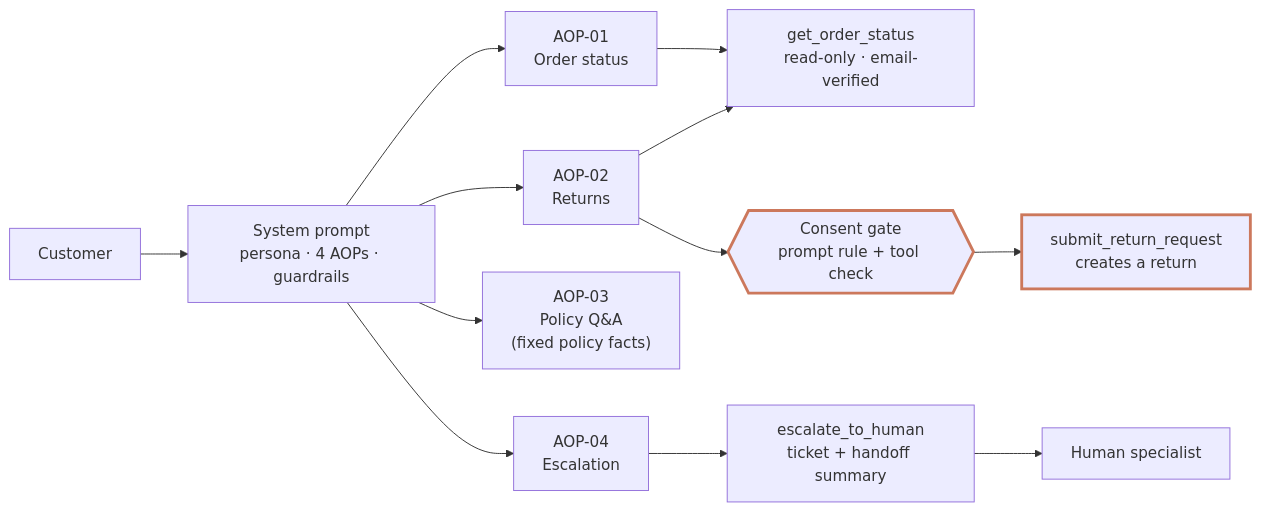
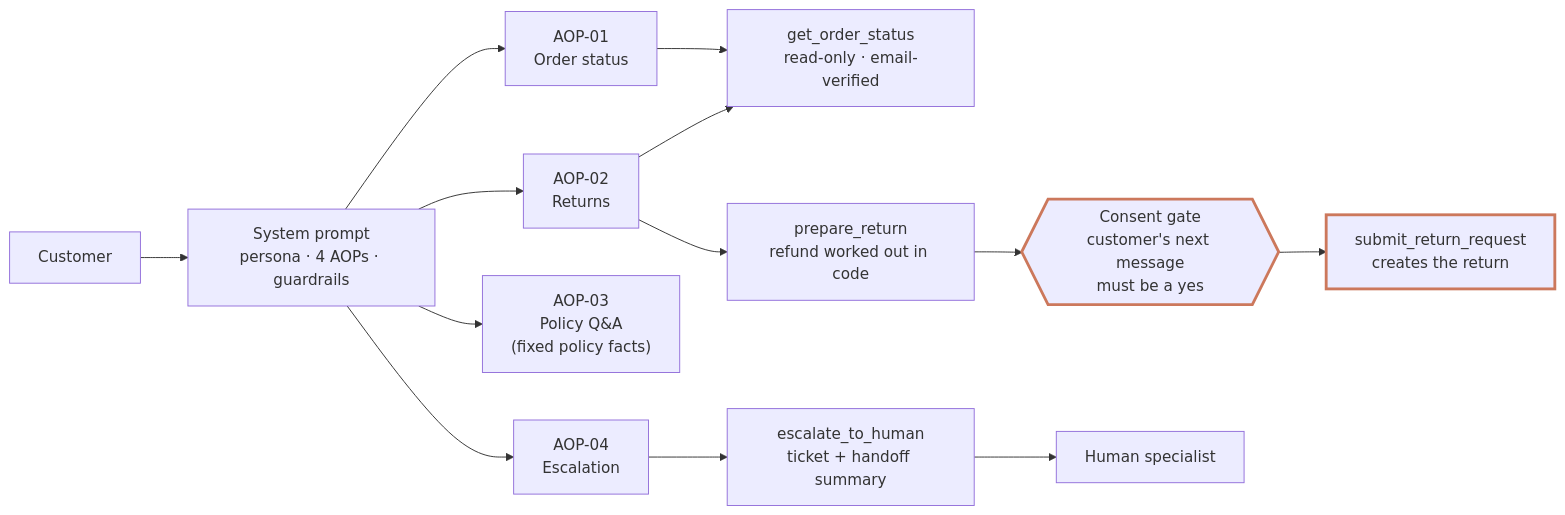
One commit to MumboJumbo123/bookly-agent changed the diagram in DESIGN.md. Above: the diagram before and after it, drawn with Mermaid. The commit also changed other lines of this file and 3 other files, not shown here.

````diff
--- a/DESIGN.md
+++ b/DESIGN.md
@@ -11,16 +11,17 @@
 ```mermaid
 flowchart LR
     U[Customer] --> P["System prompt<br/>persona · 4 AOPs · guardrails"]
     P --> A1[AOP-01<br/>Order status]
     P --> A2[AOP-02<br/>Returns]
     P --> A3["AOP-03<br/>Policy Q&A<br/>(fixed policy facts)"]
     P --> A4[AOP-04<br/>Escalation]
     A1 --> R["get_order_status<br/>read-only · email-verified"]
     A2 --> R
-    A2 --> G{{"Consent gate<br/>prompt rule + tool check"}}
-    G --> W["submit_return_request<br/>creates a return"]
+    A2 --> S["prepare_return<br/>refund worked out in code"]
+    S --> G{{"Consent gate<br/>customer's next message<br/>must be a yes"}}
+    G --> W["submit_return_request<br/>creates the return"]
     A4 --> E["escalate_to_human<br/>ticket + handoff summary"]
     E --> H[Human specialist]
     style G stroke:#CC785C,stroke-width:3px
     style W stroke:#CC785C,stroke-width:3px
 ```
````
